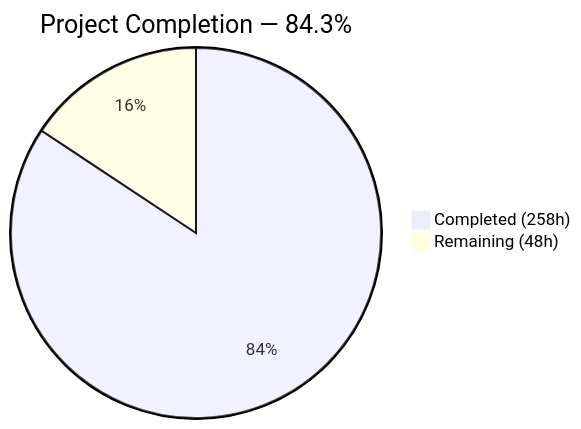
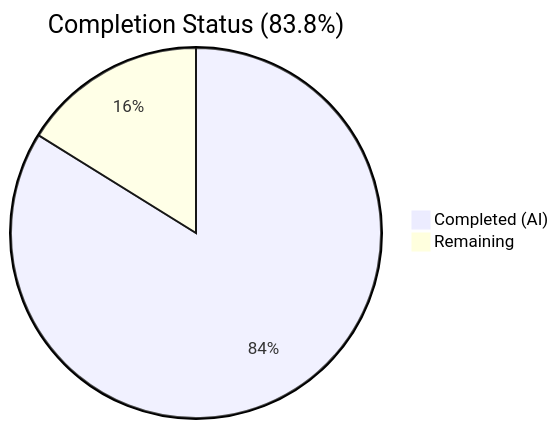
Before and after one commit to Blitzy-Sandbox/blitzy-cal: the first of 2 diagrams in blitzy/documentation/Project Guide.md, drawn with Mermaid. The commit also changed other lines of this file, not shown here.

Commit message:
Adding Blitzy Project Guide: Project Status and Human Tasks Remaining

````diff
--- a/blitzy/documentation/Project Guide.md
+++ b/blitzy/documentation/Project Guide.md
@@ -13,5 +20,5 @@
 ```mermaid
-pie title Project Completion — 84.3%
-    "Completed (258h)" : 258
-    "Remaining (48h)" : 48
+pie title Completion Status (83.8%)
+    "Completed (AI)" : 166
+    "Remaining" : 32
 ```
````
